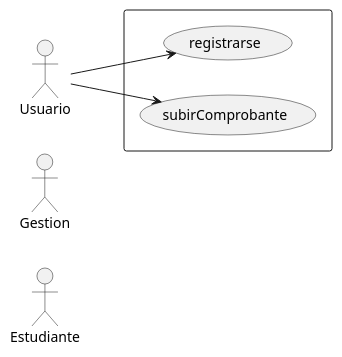
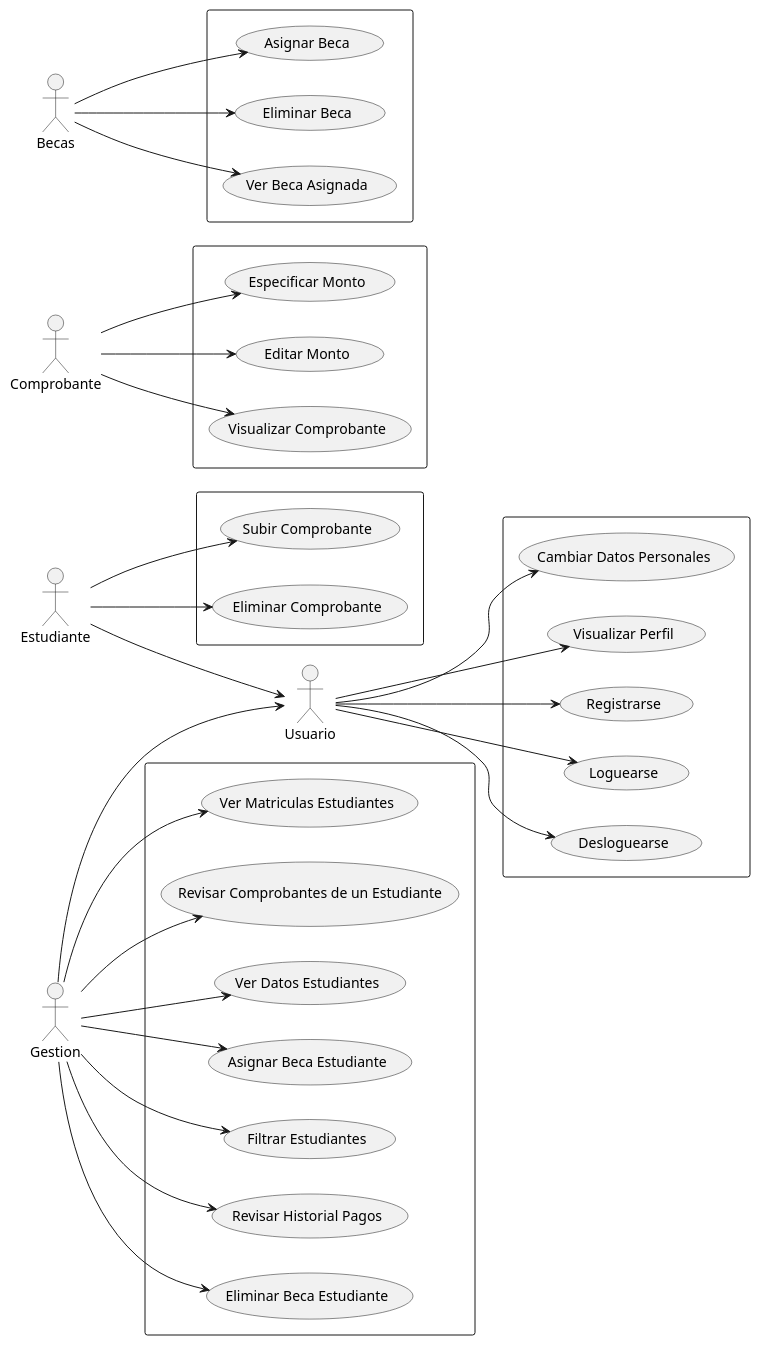
The diagram in diagramas/caso_uso.puml (luisllanca/INFO248-graduados), drawn with PlantUML before and after one commit.

Commit message:
diagrama de clases

```diff
--- a/diagramas/caso_uso.puml
+++ b/diagramas/caso_uso.puml
@@ -1,58 +1,75 @@
 @startuml
 
 left to right direction
 
 /' actor Usuario '/
 actor Estudiante
 actor Gestion
 
 rectangle {
-    usecase registrarse
-    usecase subirComprobante
-    /' usecase "Registrarse" as registrarse
-    usecase "Loguearse" as loguearse
-    usecase "Desloguearse" as desloguearse
-    usecase "Cambiar Datos Personales" as cambiarDatosPersonales
-    usecase "Visualizar Perfil" as visualizarPerfil
-    usecase "Subir Comprobante" as subirComprobante
     usecase "Especificar Monto" as especificarMonto
     usecase "Editar Monto" as editarMonto
     usecase "Visualizar Comprobante" as visualizarComprobante
-    usecase "Eliminar Comprobante" as eliminarComprobante
+}
+
+rectangle {
     usecase "Asignar Beca" as asignarBeca
     usecase "Eliminar Beca" as eliminarBeca
     usecase "Ver Beca Asignada" as verBecaAsignada
+}
+
+rectangle {
+    usecase "Subir Comprobante" as subirComprobante
+    usecase "Eliminar Comprobante" as eliminarComprobante
+}
+
+rectangle {
     usecase "Ver Matriculas Estudiantes" as verMatriculasEstudiantes
-    usecase "Revisar Comprobantes Estudiantes" as revisarComprobantesEstudiantes
+    usecase "Revisar Comprobantes de un Estudiante" as revisarComprobantesEstudiantes
     usecase "Ver Datos Estudiantes" as verDatosEstudiantes
     usecase "Asignar Beca Estudiante" as asignarBecaEstudiante
     usecase "Filtrar Estudiantes" as filtrarEstudiantes
     usecase "Revisar Historial Pagos" as revisarHistorialPagos
-    usecase "Eliminar Beca Estudiante" as eliminarBecaEstudiante '/
-
+    usecase "Eliminar Beca Estudiante" as eliminarBecaEstudiante
 }
 
+rectangle {
+    usecase "Cambiar Datos Personales" as cambiarDatosPersonales
+    usecase "Visualizar Perfil" as visualizarPerfil
+    usecase "Registrarse" as registrarse
+    usecase "Loguearse" as loguearse
+    usecase "Desloguearse" as desloguearse
+}
+
+
+
 Usuario --> registrarse
-Usuario --> subirComprobante
-/' Usuario --> registrarse
 Usuario --> loguearse
 Usuario --> desloguearse
-Estudiante --> cambiarDatosPersonales
-Estudiante --> visualizarPerfil
+Usuario --> visualizarPerfil
+Usuario --> cambiarDatosPersonales
+
 Estudiante --> subirComprobante
+Estudiante --> eliminarComprobante
+
 Comprobante --> especificarMonto
 Comprobante --> editarMonto
 Comprobante --> visualizarComprobante
-Comprobante --> eliminarComprobante
+
 Becas --> asignarBeca
 Becas --> eliminarBeca
 Becas --> verBecaAsignada
+
 Gestion --> verMatriculasEstudiantes
 Gestion --> revisarComprobantesEstudiantes
 Gestion --> verDatosEstudiantes
 Gestion --> asignarBecaEstudiante
 Gestion --> filtrarEstudiantes
 Gestion --> revisarHistorialPagos
-Gestion --> eliminarBecaEstudiante '/
+Gestion --> eliminarBecaEstudiante
+
+Gestion --> Usuario
+Estudiante --> Usuario
+
 
 @enduml
```
